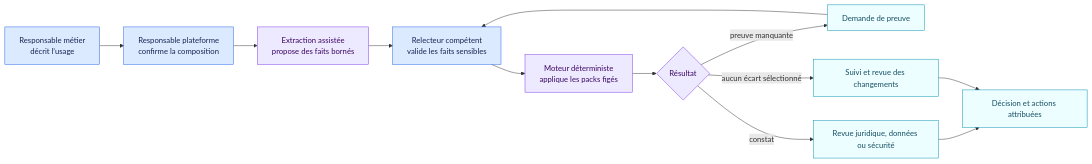
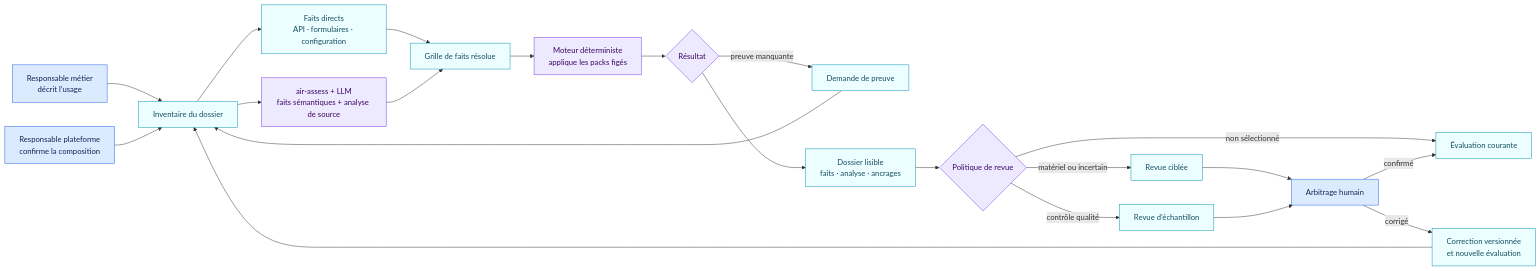
One commit to NickChaps/Open-AIRS changed the diagram in docs/fr/parcours-metier.md. Above: the diagram before and after it, drawn with Mermaid. The commit also changed other lines of this file and 41 other files, not shown here.

````diff
--- a/docs/fr/parcours-metier.md
+++ b/docs/fr/parcours-metier.md
@@ -13,21 +13,30 @@
 ```mermaid
 flowchart LR
-    B["Responsable métier<br/>décrit l’usage"] --> T["Responsable plateforme<br/>confirme la composition"]
-    T --> X["Extraction assistée<br/>propose des faits bornés"]
-    X --> V["Relecteur compétent<br/>valide les faits sensibles"]
-    V --> E["Moteur déterministe<br/>applique les packs figés"]
-    E --> D{"Résultat"}
-    D -->|"preuve manquante"| Q["Demande de preuve"]
-    D -->|"constat"| R["Revue juridique, données ou sécurité"]
-    D -->|"aucun écart sélectionné"| M["Suivi et revue des changements"]
-    Q --> V
-    R --> H["Décision et actions attribuées"]
-    M --> H
+    B["Responsable métier<br/>décrit l’usage"] --> G["Inventaire du dossier"]
+    T["Responsable plateforme<br/>confirme la composition"] --> G
+    G --> D["Faits directs<br/>API · formulaires · configuration"]
+    G --> X["air-assess + LLM<br/>faits sémantiques + analyse de source"]
+    D --> F["Grille de faits résolue"]
+    X --> F
+    F --> E["Moteur déterministe<br/>applique les packs figés"]
+    E --> Y{"Résultat"}
+    Y -->|"preuve manquante"| Q["Demande de preuve"]
+    Y --> C["Dossier lisible<br/>faits · analyse · ancrages"]
+    C --> P{"Politique de revue"}
+    P -->|"matériel ou incertain"| R["Revue ciblée"]
+    P -->|"contrôle qualité"| S["Revue d’échantillon"]
+    P -->|"non sélectionné"| H["Évaluation courante"]
+    Q --> G
+    R --> J["Arbitrage humain"]
+    S --> J
+    J -->|"confirmé"| H
+    J -->|"corrigé"| N["Correction versionnée<br/>et nouvelle évaluation"]
+    N --> G
 
     classDef person fill:#dbeafe,stroke:#2563eb,color:#172554
     classDef system fill:#ede9fe,stroke:#7c3aed,color:#3b0764
     classDef action fill:#ecfeff,stroke:#0891b2,color:#164e63
-    class B,T,V person
-    class X,E,D system
-    class Q,R,M,H action
+    class B,T,J person
+    class X,E,Y,P system
+    class G,D,F,Q,R,S,C,H,N action
 ```
````
